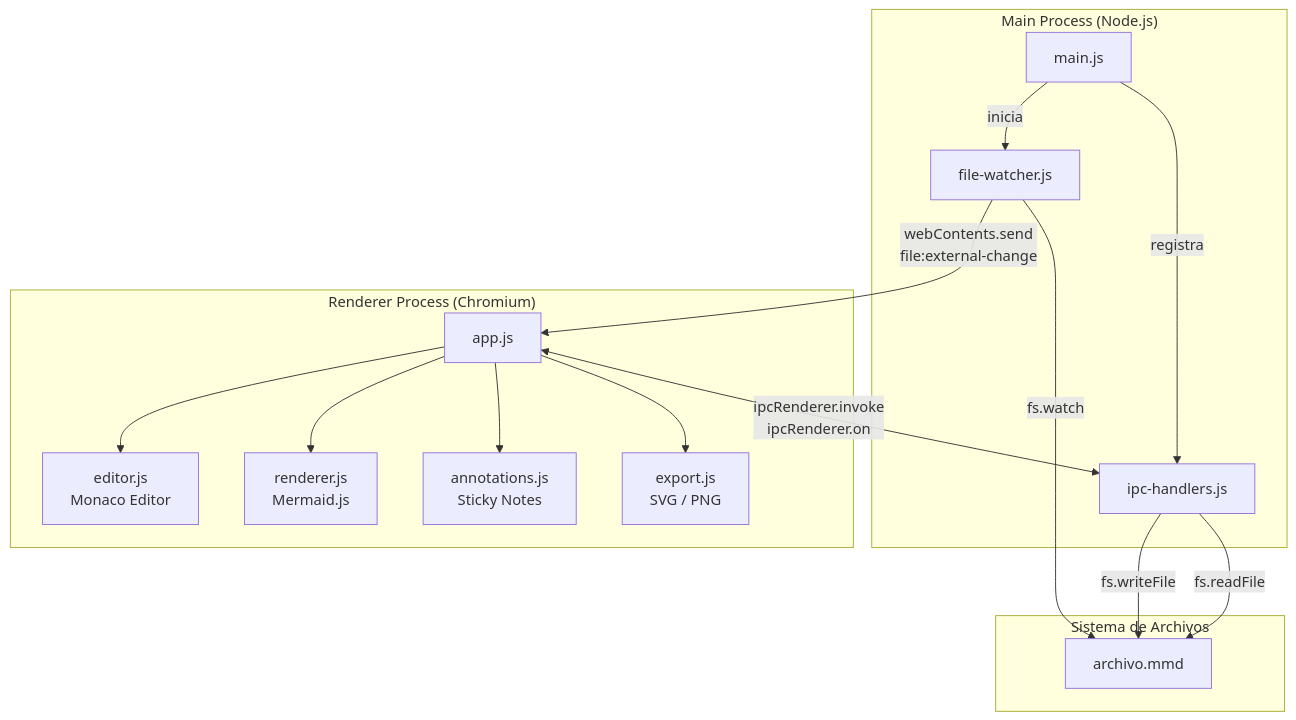
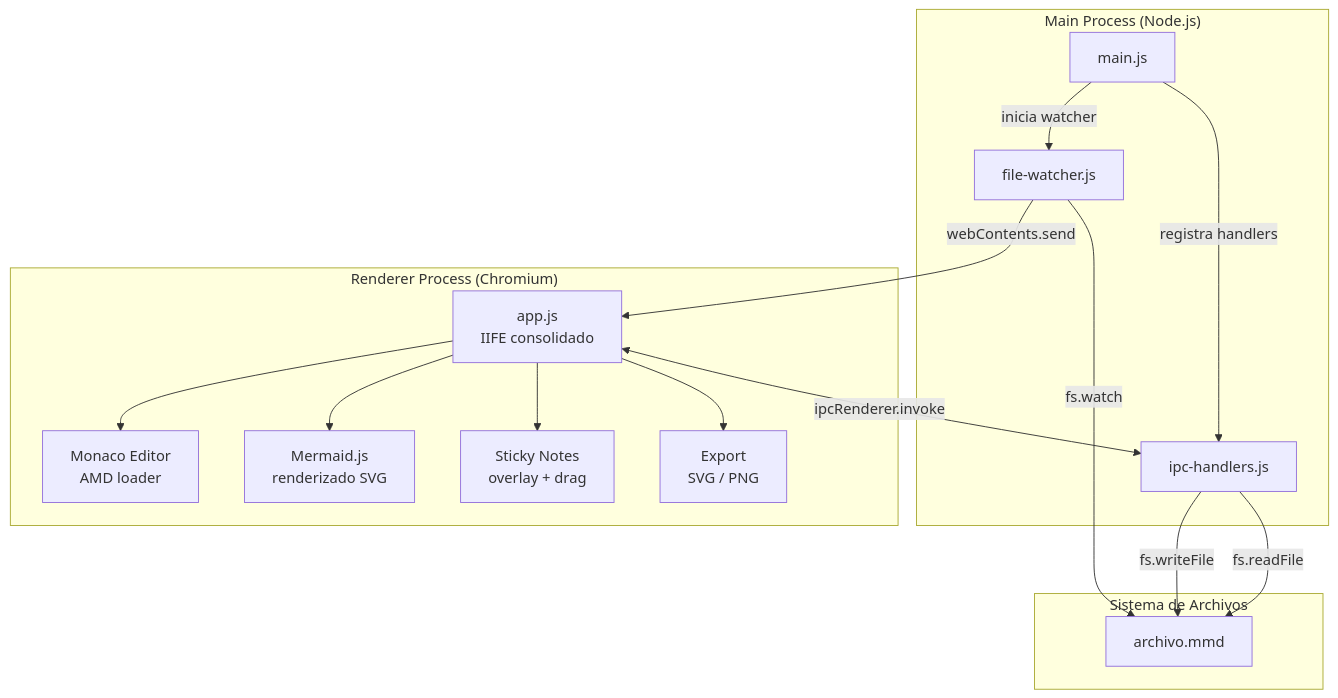
The second of 7 diagrams in README.md (BrunoEdPerezS/vizflow), drawn with Mermaid before and after one commit. The commit also changed other lines of this file, not shown here.

````diff
--- a/README.md
+++ b/README.md
@@ -7,32 +72,32 @@
 ```mermaid
 graph TD
     subgraph "Main Process (Node.js)"
         MAIN[main.js]
         IPC_H[ipc-handlers.js]
         FW[file-watcher.js]
-        MAIN -->|registra| IPC_H
-        MAIN -->|inicia| FW
+        MAIN -->|registra handlers| IPC_H
+        MAIN -->|inicia watcher| FW
     end
 
     subgraph "Sistema de Archivos"
         MMD[archivo.mmd]
         FW -->|fs.watch| MMD
         IPC_H -->|fs.writeFile| MMD
         IPC_H -->|fs.readFile| MMD
     end
 
     subgraph "Renderer Process (Chromium)"
-        APP[app.js]
-        EDITOR[editor.js<br/>Monaco Editor]
-        RENDER[renderer.js<br/>Mermaid.js]
-        ANNOT[annotations.js<br/>Sticky Notes]
-        EXPORT[export.js<br/>SVG / PNG]
-        APP --> EDITOR
-        APP --> RENDER
-        APP --> ANNOT
-        APP --> EXPORT
+        APP[app.js<br/>IIFE consolidado]
+        ME[Monaco Editor<br/>AMD loader]
+        MR[Mermaid.js<br/>renderizado SVG]
+        SN[Sticky Notes<br/>overlay + drag]
+        EX[Export<br/>SVG / PNG]
+        APP --> ME
+        APP --> MR
+        APP --> SN
+        APP --> EX
     end
 
-    APP <-->|ipcRenderer.invoke<br/>ipcRenderer.on| IPC_H
-    FW -->|webContents.send<br/>file:external-change| APP
+    APP <-->|ipcRenderer.invoke| IPC_H
+    FW -->|webContents.send| APP
 ```
````
